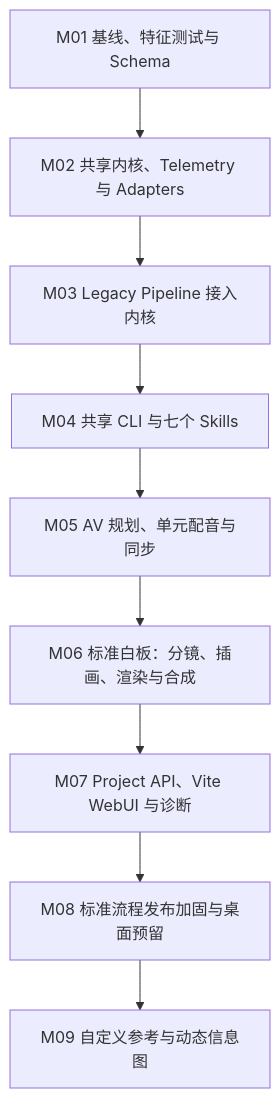
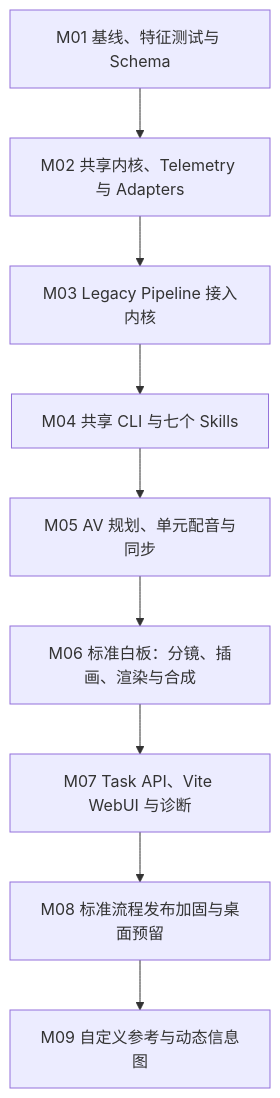
Before and after one commit to degyang/cs-board: the diagram in docs/Mountain/06-pr-roadmap.md, drawn with Mermaid. The commit also changed other lines of this file and 14 other files, not shown here.

````diff
--- a/docs/Mountain/06-pr-roadmap.md
+++ b/docs/Mountain/06-pr-roadmap.md
@@ -11,13 +11,13 @@
 ```mermaid
 flowchart TD
     M01[M01 基线、特征测试与 Schema]
     M02[M02 共享内核、Telemetry 与 Adapters]
     M03[M03 Legacy Pipeline 接入内核]
     M04[M04 共享 CLI 与七个 Skills]
     M05[M05 AV 规划、单元配音与同步]
     M06[M06 标准白板：分镜、插画、渲染与合成]
-    M07[M07 Project API、Vite WebUI 与诊断]
+    M07[M07 Task API、Vite WebUI 与诊断]
     M08[M08 标准流程发布加固与桌面预留]
     M09[M09 自定义参考与动态信息图]
     M01 --> M02 --> M03 --> M04 --> M05 --> M06 --> M07 --> M08 --> M09
 ```
````
